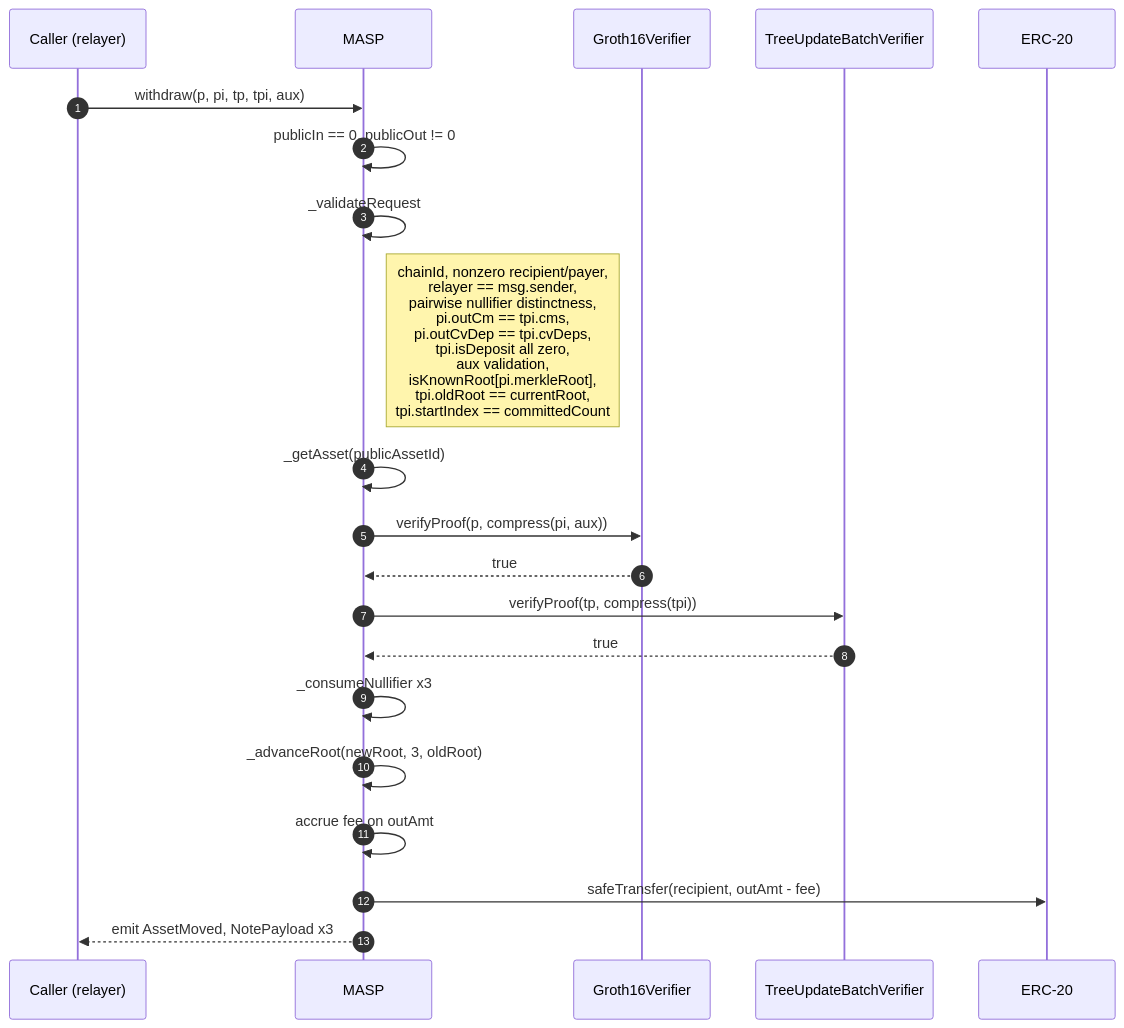
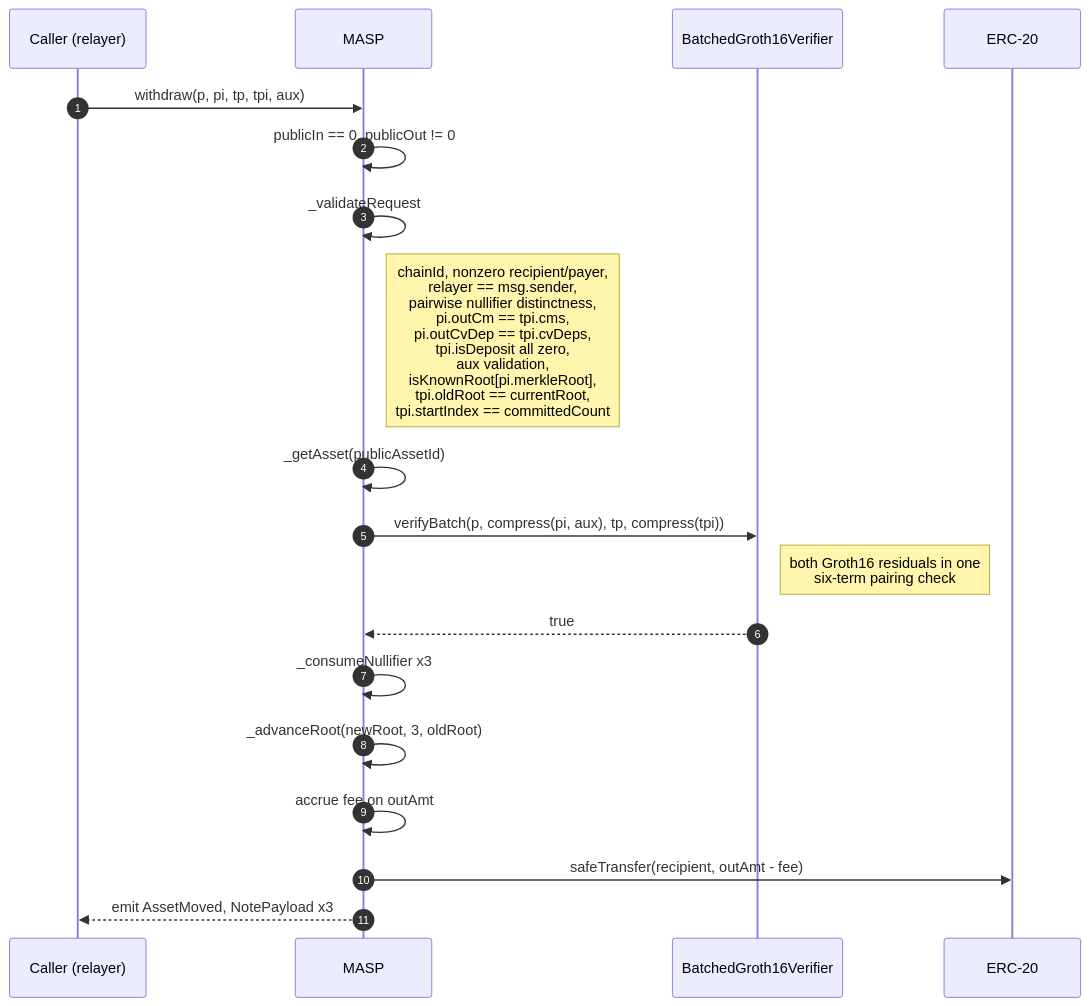
One commit to lelantos-org/contracts changed the eighth of 10 diagrams in src/README.md. Above: the diagram before and after it, drawn with Mermaid. The commit also changed other lines of this file and 62 other files, not shown here.

````diff
--- a/src/README.md
+++ b/src/README.md
@@ -361,24 +365,22 @@
 ```mermaid
 sequenceDiagram
   autonumber
   participant C as Caller (relayer)
   participant M as MASP
-  participant V as Groth16Verifier
-  participant TV as TreeUpdateBatchVerifier
+  participant BV as BatchedGroth16Verifier
   participant T as ERC-20
 
   C->>M: withdraw(p, pi, tp, tpi, aux)
   M->>M: publicIn == 0, publicOut != 0
   M->>M: _validateRequest
   Note right of M: chainId, nonzero recipient/payer,<br/>relayer == msg.sender,<br/>pairwise nullifier distinctness,<br/>pi.outCm == tpi.cms,<br/>pi.outCvDep == tpi.cvDeps,<br/>tpi.isDeposit all zero,<br/>aux validation,<br/>isKnownRoot[pi.merkleRoot],<br/>tpi.oldRoot == currentRoot,<br/>tpi.startIndex == committedCount
   M->>M: _getAsset(publicAssetId)
-  M->>V: verifyProof(p, compress(pi, aux))
-  V-->>M: true
-  M->>TV: verifyProof(tp, compress(tpi))
-  TV-->>M: true
+  M->>BV: verifyBatch(p, compress(pi, aux), tp, compress(tpi))
+  Note right of BV: both Groth16 residuals in one<br/>six-term pairing check
+  BV-->>M: true
   M->>M: _consumeNullifier x3
   M->>M: _advanceRoot(newRoot, 3, oldRoot)
   M->>M: accrue fee on outAmt
   M->>T: safeTransfer(recipient, outAmt - fee)
   M-->>C: emit AssetMoved, NotePayload x3
 ```
````
